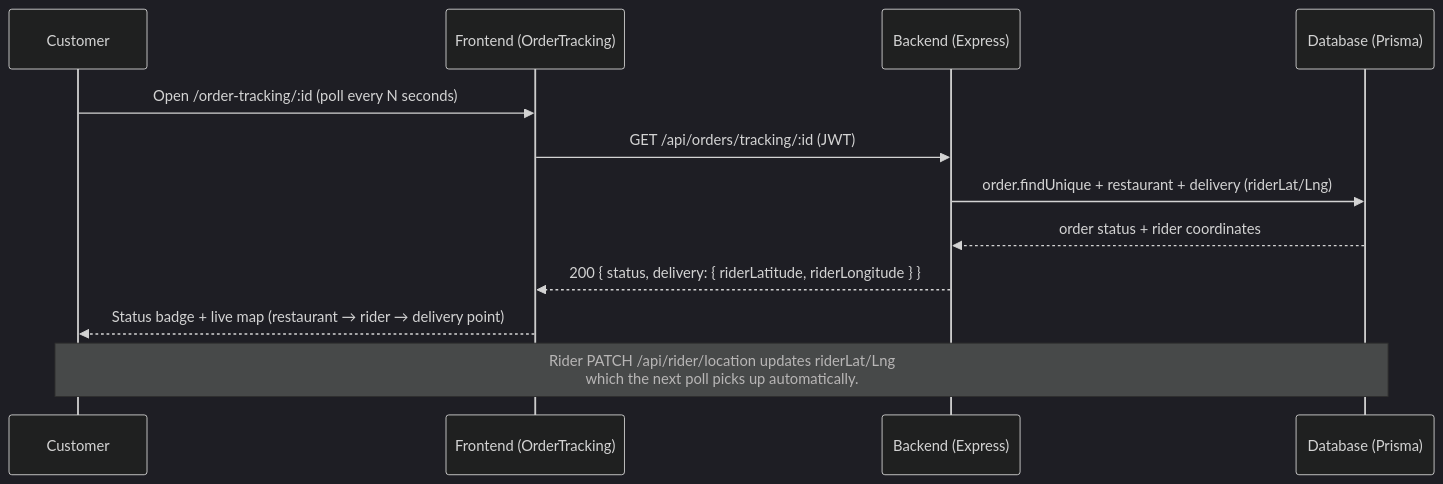
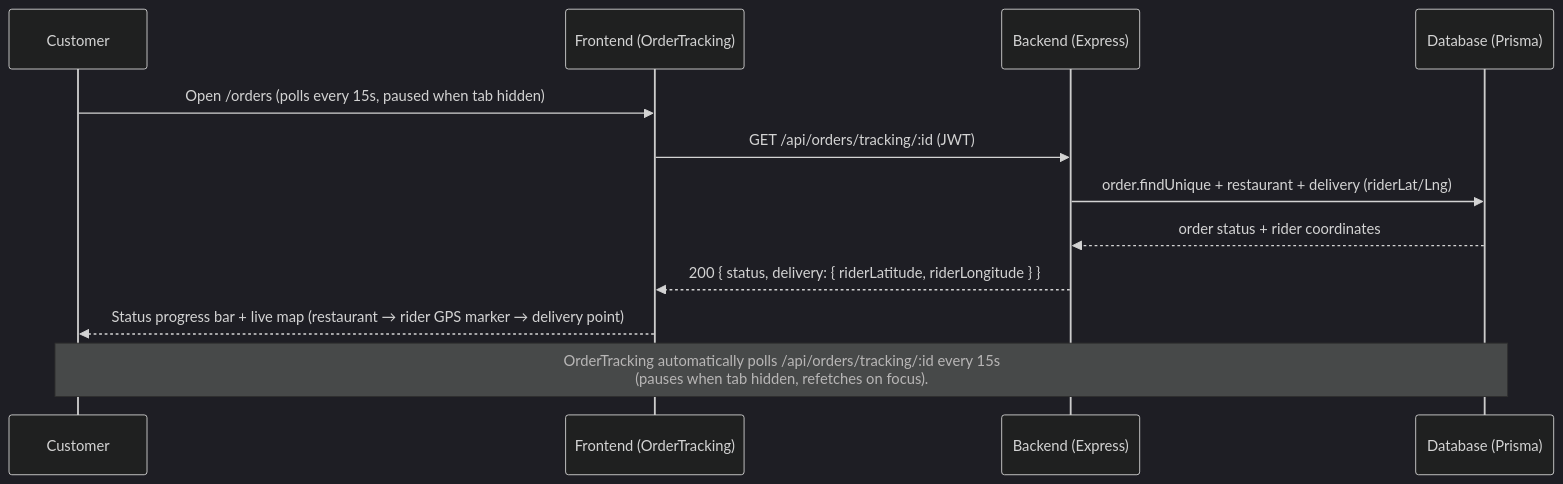
The seventh of 11 diagrams in SEQUENCE_DIAGRAMS.md (Saugatojha/food-delivery-frontend), drawn with Mermaid (dark theme) before and after one commit. The commit also changed other lines of this file and 7 other files, not shown here.

````diff
--- a/SEQUENCE_DIAGRAMS.md
+++ b/SEQUENCE_DIAGRAMS.md
@@ -255,16 +255,16 @@
 ```mermaid
 sequenceDiagram
     participant C as Customer
     participant F as Frontend (OrderTracking)
     participant S as Backend (Express)
     participant D as Database (Prisma)
 
-    C->>F: Open /order-tracking/:id (poll every N seconds)
+    C->>F: Open /orders (polls every 15s, paused when tab hidden)
     F->>S: GET /api/orders/tracking/:id (JWT)
     S->>D: order.findUnique + restaurant + delivery (riderLat/Lng)
     D-->>S: order status + rider coordinates
     S-->>F: 200 { status, delivery: { riderLatitude, riderLongitude } }
-    F-->>C: Status badge + live map (restaurant → rider → delivery point)
+    F-->>C: Status progress bar + live map (restaurant → rider GPS marker → delivery point)
 
-    Note over C,D: Rider PATCH /api/rider/location updates riderLat/Lng<br/>which the next poll picks up automatically.
+    Note over C,D: OrderTracking automatically polls /api/orders/tracking/:id every 15s<br/>(pauses when tab hidden, refetches on focus).
 ```
````
